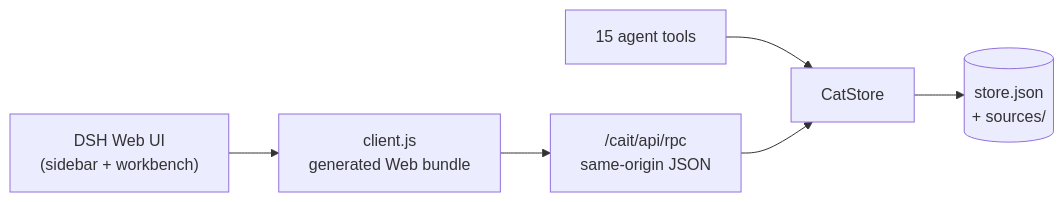
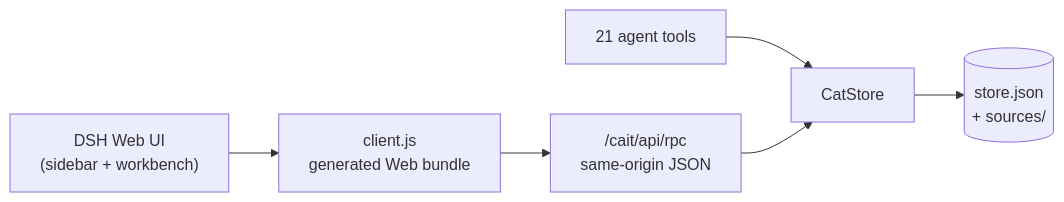
Before and after one commit to JoviLecca/dsh-CAIT: the diagram in README.ja.md, drawn with Mermaid. The commit also changed other lines of this file and 34 other files, not shown here.

````diff
--- a/README.ja.md
+++ b/README.ja.md
@@ -380,8 +390,8 @@
 ```mermaid
 flowchart LR
   UI["DSH Web UI<br/>(sidebar + workbench)"] --> Client["client.js<br/>generated Web bundle"]
   Client --> API["/cait/api/rpc<br/>same-origin JSON"]
-  Tools["15 agent tools"] --> Store["CatStore"]
+  Tools["21 agent tools"] --> Store["CatStore"]
   API --> Store
   Store --> Snapshot[("store.json<br/>+ sources/")]
 ```
````
